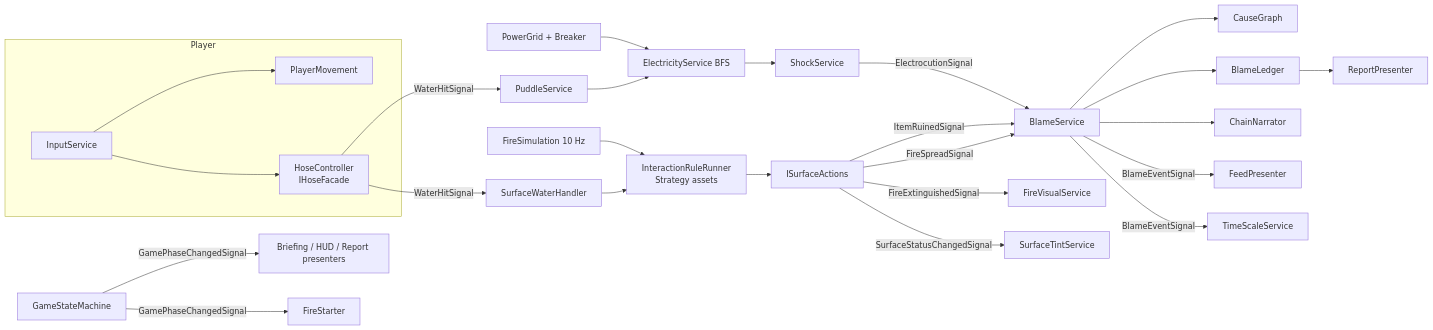
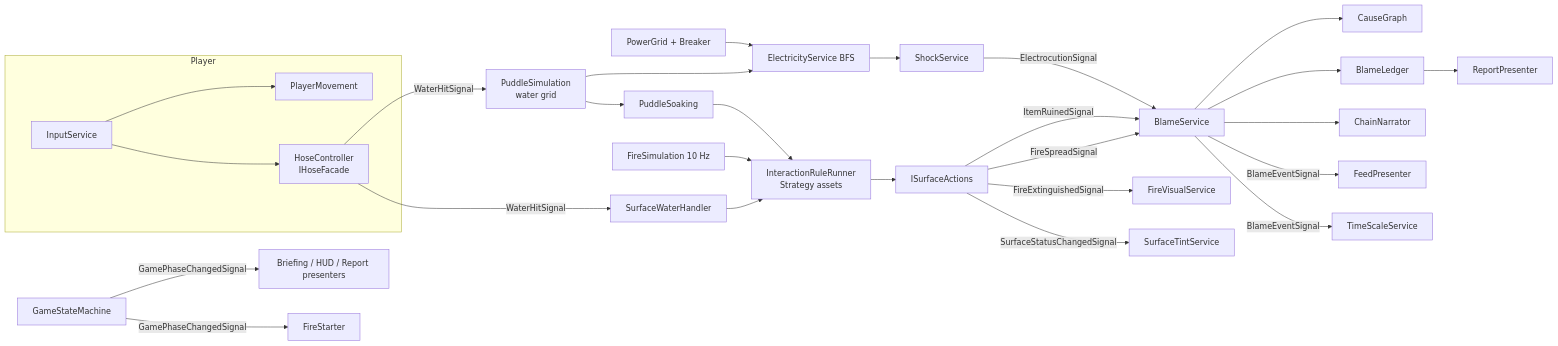
Before and after one commit to RostyslavBB/FlameAndBlame: the first of 2 diagrams in Docs/ARCHITECTURE.md, drawn with Mermaid. The commit also changed other lines of this file and 103 other files, not shown here.

````diff
--- a/Docs/ARCHITECTURE.md
+++ b/Docs/ARCHITECTURE.md
@@ -25,28 +25,29 @@
 ```mermaid
 flowchart LR
   subgraph Player
     Input[InputService] --> Move[PlayerMovement]
     Input --> Hose[HoseController<br/>IHoseFacade]
   end
   Hose -- WaterHitSignal --> SurfWater[SurfaceWaterHandler]
-  Hose -- WaterHitSignal --> Puddles[PuddleService]
+  Hose -- WaterHitSignal --> Puddles[PuddleSimulation<br/>water grid]
   SurfWater --> Rules[InteractionRuleRunner<br/>Strategy assets]
   FireSim[FireSimulation 10 Hz] --> Rules
   Rules --> Actions[ISurfaceActions]
   Actions -- FireSpreadSignal --> Blame
   Actions -- ItemRuinedSignal --> Blame
   Actions -- FireExtinguishedSignal --> FireVfx[FireVisualService]
   Actions -- SurfaceStatusChangedSignal --> Tint[SurfaceTintService]
   Puddles --> Elec[ElectricityService BFS]
+  Puddles --> Soak[PuddleSoaking] --> Rules
   Grid[PowerGrid + Breaker] --> Elec
   Elec --> Shock[ShockService]
   Shock -- ElectrocutionSignal --> Blame[BlameService]
   Blame --> Graph[CauseGraph]
   Blame --> Ledger[BlameLedger]
   Blame --> Narrator[ChainNarrator]
   Blame -- BlameEventSignal --> Feed[FeedPresenter]
   Blame -- BlameEventSignal --> TimeFx[TimeScaleService]
   Flow[GameStateMachine] -- GamePhaseChangedSignal --> UI[Briefing / HUD / Report presenters]
   Flow -- GamePhaseChangedSignal --> Starter[FireStarter]
   Ledger --> Report[ReportPresenter]
 ```
````
